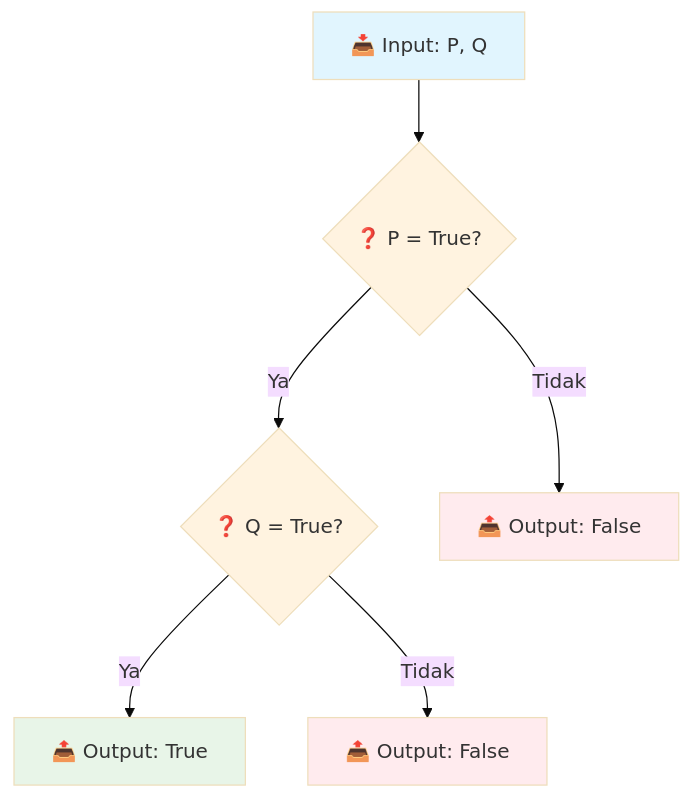
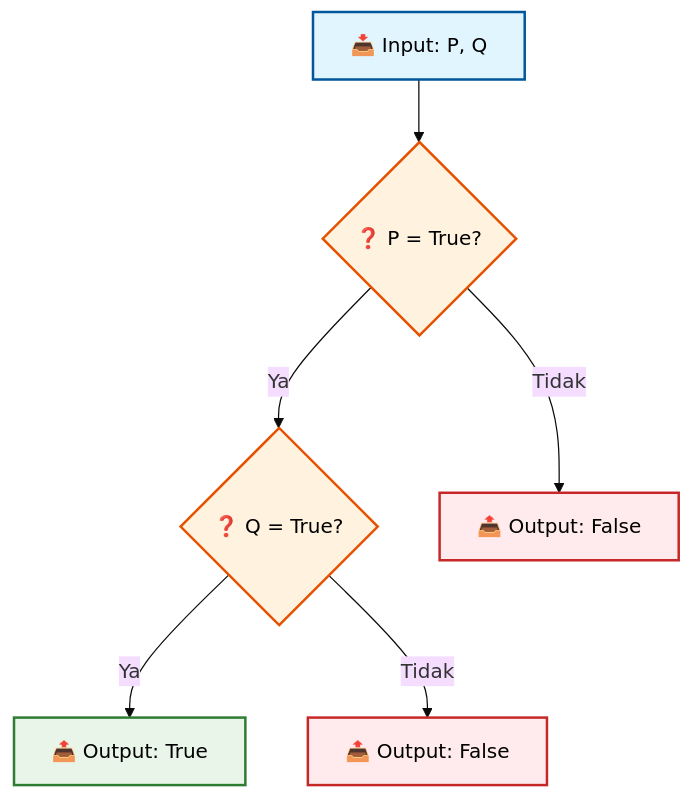
The second of 7 diagrams in pertemuan2.md (antonprafanto/logikamatematika), drawn with Mermaid (base theme) before and after one commit. The commit also changed other lines of this file, not shown here.

````diff
--- a/pertemuan2.md
+++ b/pertemuan2.md
@@ -161,15 +161,15 @@
 ```mermaid
 flowchart TD
     A[📥 Input: P, Q] --> B{❓ P = True?}
     B -->|Ya| C{❓ Q = True?}
     B -->|Tidak| D[📤 Output: False]
     C -->|Ya| E[📤 Output: True]
     C -->|Tidak| F[📤 Output: False]
     
-    style A fill:#e1f5fe
-    style B fill:#fff3e0
-    style C fill:#fff3e0
-    style D fill:#ffebee
-    style E fill:#e8f5e8
-    style F fill:#ffebee
+    style A fill:#e1f5fe,stroke:#01579b,stroke-width:2px,color:#000
+    style B fill:#fff3e0,stroke:#e65100,stroke-width:2px,color:#000
+    style C fill:#fff3e0,stroke:#e65100,stroke-width:2px,color:#000
+    style D fill:#ffebee,stroke:#c62828,stroke-width:2px,color:#000
+    style E fill:#e8f5e8,stroke:#2e7d32,stroke-width:2px,color:#000
+    style F fill:#ffebee,stroke:#c62828,stroke-width:2px,color:#000
 ```
````
